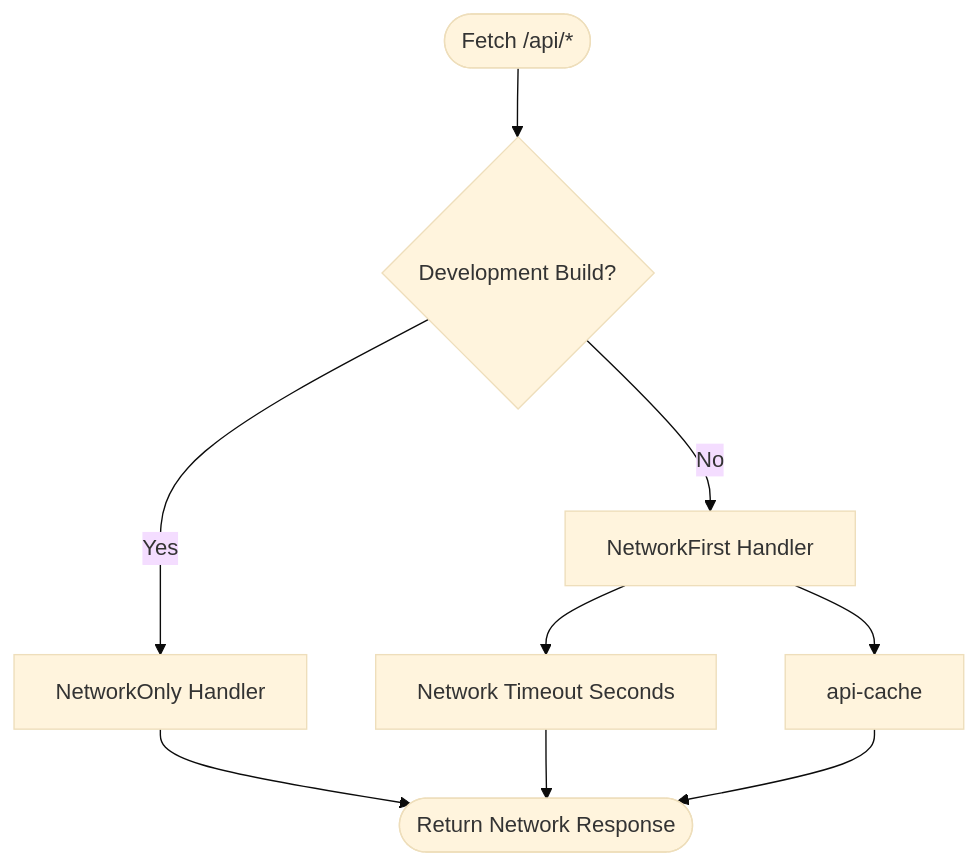
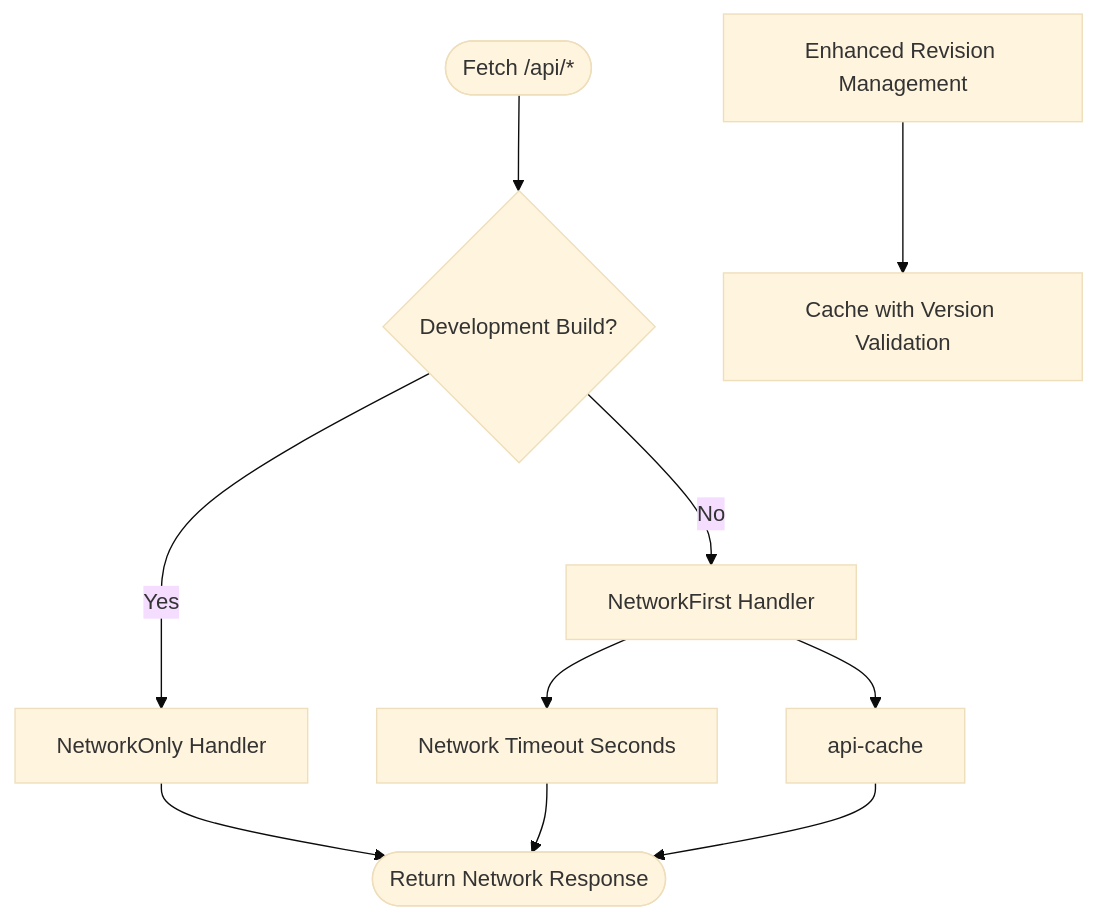
One commit to Glimora-X/work-helper changed the fifth of 9 diagrams in .qoder/repowiki/en/content/Frontend Application Architecture/PWA and Offline Capabilities.md. Above: the diagram before and after it, drawn with Mermaid (base theme). The commit also changed other lines of this file and 5 other files, not shown here.

First line of the commit message:
docs(skill): enhance skill system architecture and documentation

````diff
--- a/.qoder/repowiki/en/content/Frontend Application Architecture/PWA and Offline Capabilities.md
+++ b/.qoder/repowiki/en/content/Frontend Application Architecture/PWA and Offline Capabilities.md
@@ -169,11 +204,12 @@
 ```mermaid
 flowchart TD
 Req(["Fetch /api/*"]) --> DevCheck{"Development Build?"}
 DevCheck --> |Yes| NetOnly["NetworkOnly Handler"]
 DevCheck --> |No| NetFirst["NetworkFirst Handler"]
 NetFirst --> Timeout["Network Timeout Seconds"]
 NetFirst --> CacheName["api-cache"]
 NetOnly --> End(["Return Network Response"])
 Timeout --> End
 CacheName --> End
+RevCheck["Enhanced Revision Management"] --> Cache["Cache with Version Validation"]
 ```
````
